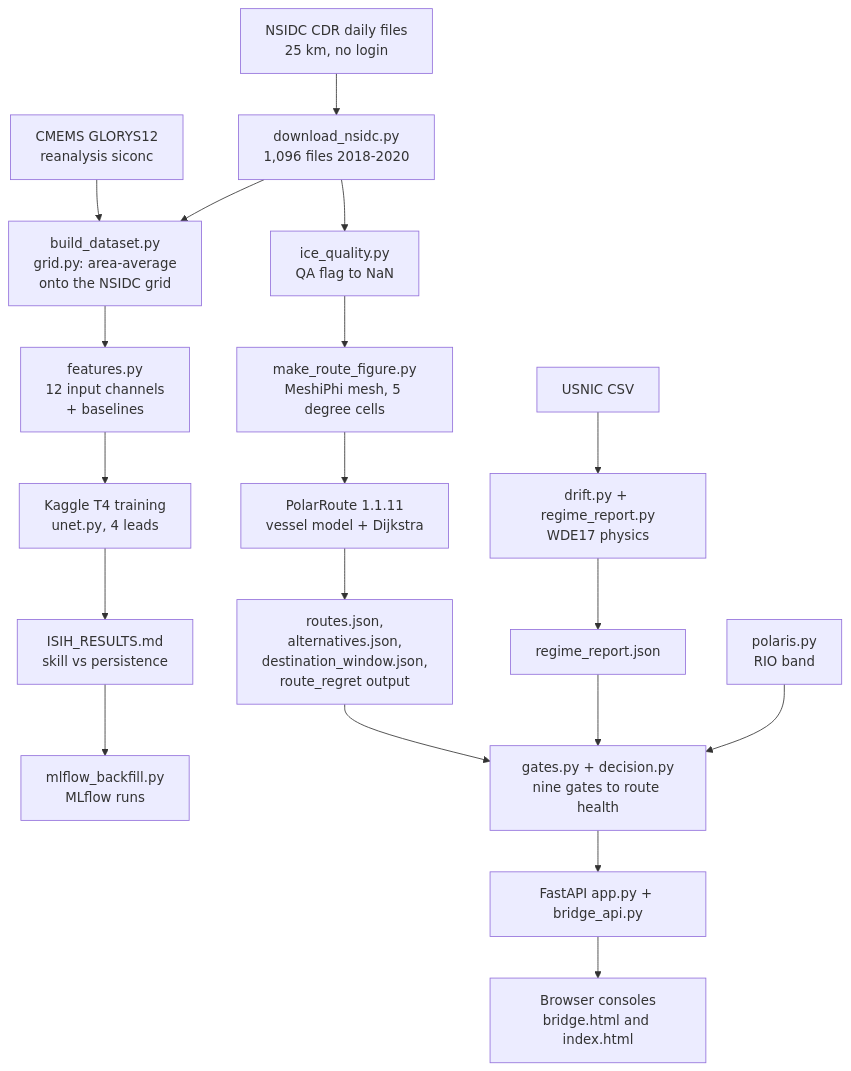
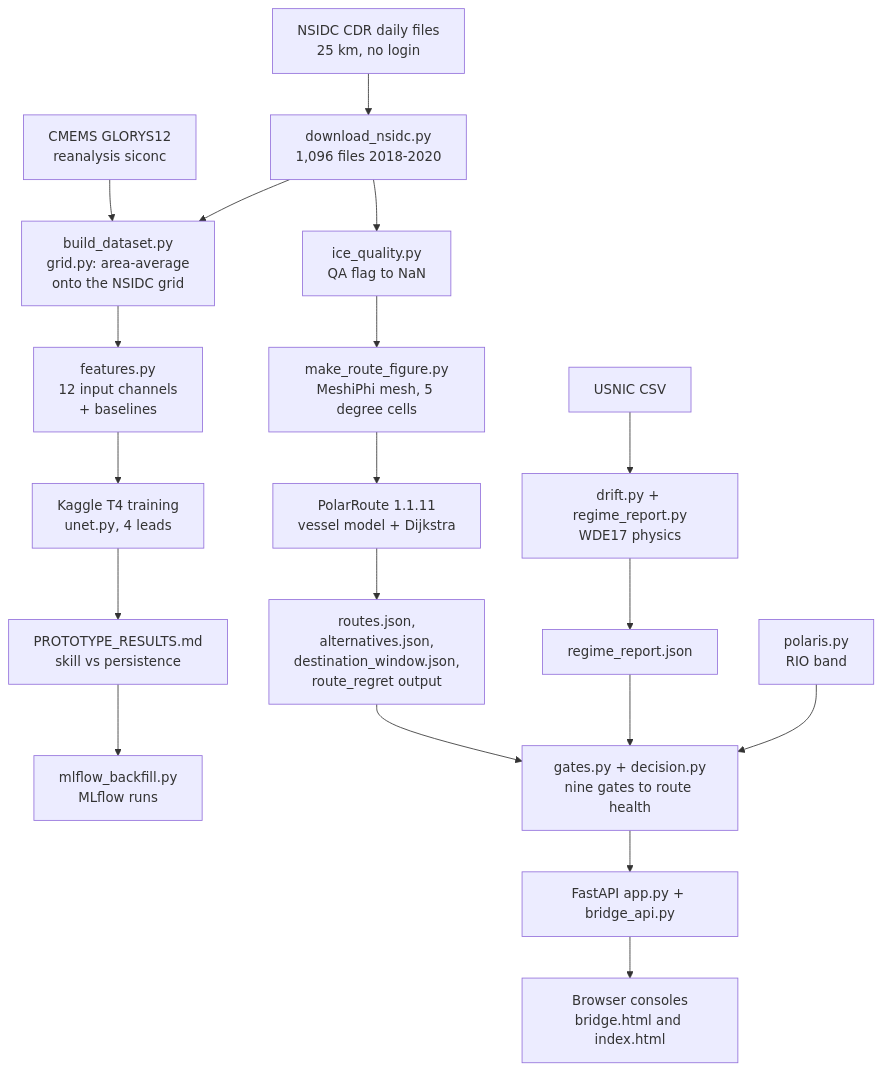
The first of 2 diagrams in docs/PROJECT_EXPLAINER.md (jiteeshghodke456-del/antarticaprojectMoes), drawn with Mermaid before and after one commit. The commit also changed other lines of this file and 4 other files, not shown here.

````diff
--- a/docs/PROJECT_EXPLAINER.md
+++ b/docs/PROJECT_EXPLAINER.md
@@ -318,24 +318,24 @@
 ```mermaid
 flowchart TD
     A[NSIDC CDR daily files<br/>25 km, no login] --> B[download_nsidc.py<br/>1,096 files 2018-2020]
     C[CMEMS GLORYS12<br/>reanalysis siconc] --> D[build_dataset.py<br/>grid.py: area-average<br/>onto the NSIDC grid]
     B --> D
     D --> E[features.py<br/>12 input channels<br/>+ baselines]
     E --> F[Kaggle T4 training<br/>unet.py, 4 leads]
-    F --> G[ISIH_RESULTS.md<br/>skill vs persistence]
+    F --> G[PROTOTYPE_RESULTS.md<br/>skill vs persistence]
     G --> H[mlflow_backfill.py<br/>MLflow runs]
 
     B --> I[ice_quality.py<br/>QA flag to NaN]
     I --> J[make_route_figure.py<br/>MeshiPhi mesh, 5 degree cells]
     J --> K[PolarRoute 1.1.11<br/>vessel model + Dijkstra]
     K --> L[routes.json,<br/>alternatives.json,<br/>destination_window.json,<br/>route_regret output]
 
     M[USNIC CSV] --> N[drift.py + regime_report.py<br/>WDE17 physics]
     N --> O[regime_report.json]
 
     L --> P[gates.py + decision.py<br/>nine gates to route health]
     O --> P
     Q[polaris.py<br/>RIO band] --> P
     P --> R[FastAPI app.py + bridge_api.py]
     R --> S[Browser consoles<br/>bridge.html and index.html]
 ```
````
